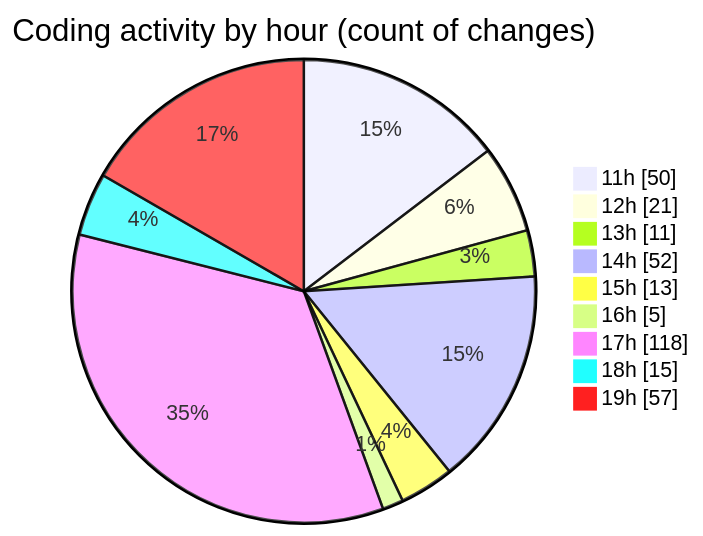
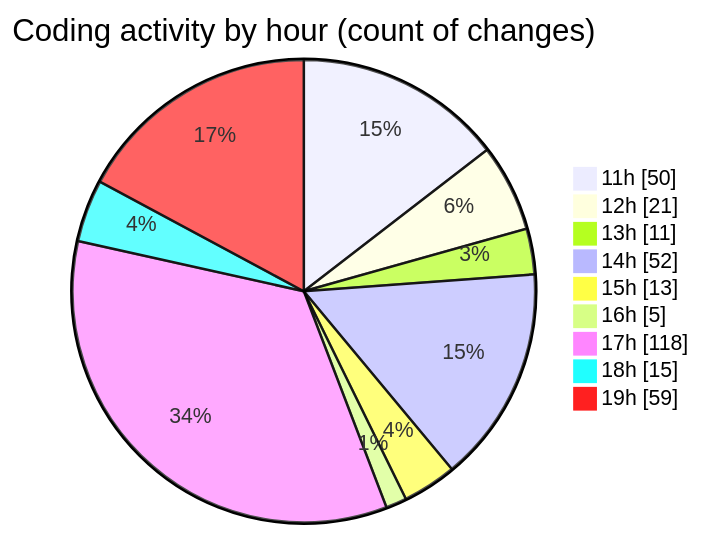
The second of 2 diagrams in 2026-02-06/singularitybrainai/README.md (tmsrecording-cyber/code-tracking), drawn with Mermaid before and after one commit. The commit also changed other lines of this file and 1 other file, not shown here.

````diff
--- a/2026-02-06/singularitybrainai/README.md
+++ b/2026-02-06/singularitybrainai/README.md
@@ -52,13 +52,13 @@
 ```mermaid
 pie showData
 title Coding activity by hour (count of changes)
 "11h" : 50
 "12h" : 21
 "13h" : 11
 "14h" : 52
 "15h" : 13
 "16h" : 5
 "17h" : 118
 "18h" : 15
-"19h" : 57
+"19h" : 59
 ```
````
